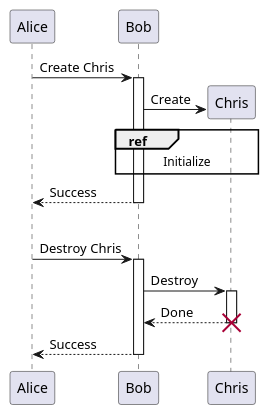
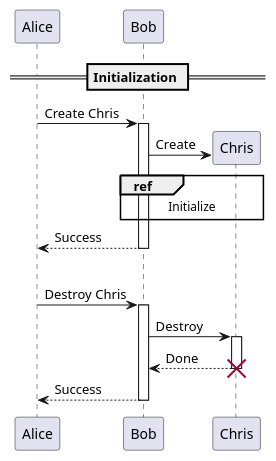
Before and after one commit to spiegel-im-spiegel/plantuml-sample: the diagram in sequence-diagram-04.puml, drawn with PlantUML. The commit also changed 16 other files, not shown here.

```diff
--- a/sequence-diagram-04.puml
+++ b/sequence-diagram-04.puml
@@ -1,25 +1,24 @@
 @startuml
-/'
- ' Samples for Sequence Diagrams
- '/
+
+== Initialization ==
 
 Alice -> Bob: Create Chris
 activate Bob
 create Chris
 Bob->Chris: Create
 ref over Bob, Chris : Initialize
 Alice <-- Bob: Success
 deactivate Bob
 
 |||
 
 Alice -> Bob: Destroy Chris
 activate Bob
 Bob->Chris: Destroy
 activate Chris
 Bob<--Chris: Done
 destroy Chris
 Alice <-- Bob: Success
 deactivate Bob
 
 @enduml
```
